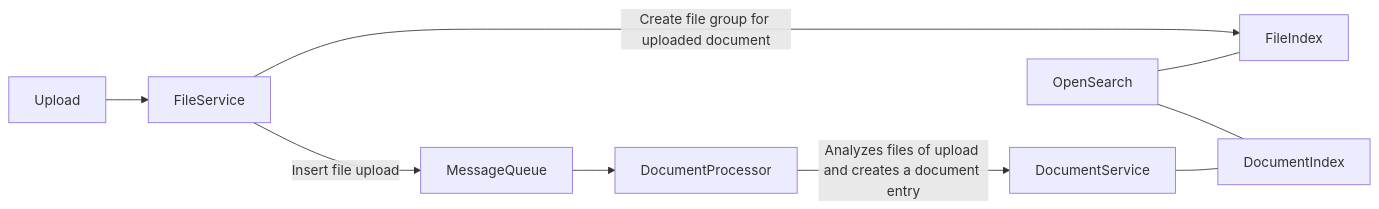
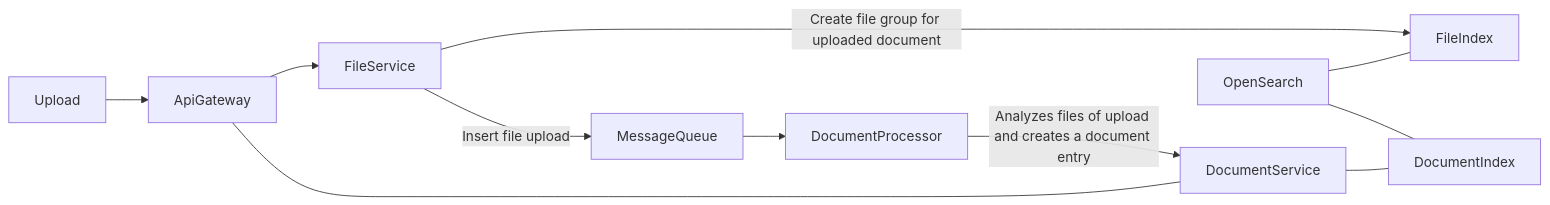
The diagram in docs/architecture-overview.md (A360JMaxxgamer/DocumentsVault), drawn with Mermaid before and after one commit. The commit also changed other lines of this file, not shown here.

Commit message:
add detailed description of architecture

````diff
--- a/docs/architecture-overview.md
+++ b/docs/architecture-overview.md
@@ -1,29 +3,33 @@
 ```mermaid
   graph LR
 
   Upload
+  ApiGateway
   FileService
   MessageQueue
   DocumentProcessor
   DocumentService
   
   OpenSearch
   FileIndex
   DocumentIndex
   OpenSearch---FileIndex
   OpenSearch---DocumentIndex
 
 
-  Upload-->FileService
+  Upload-->ApiGateway
+  ApiGateway-->FileService
+
+  ApiGateway---DocumentService
   
   FileService--Create file group for uploaded document-->FileIndex 
 
   FileService--Insert file upload-->MessageQueue
 
   MessageQueue-->DocumentProcessor
 
   DocumentProcessor--Analyzes files of upload and creates a document entry -->DocumentService
 
   DocumentService---DocumentIndex
   
 ```
````
